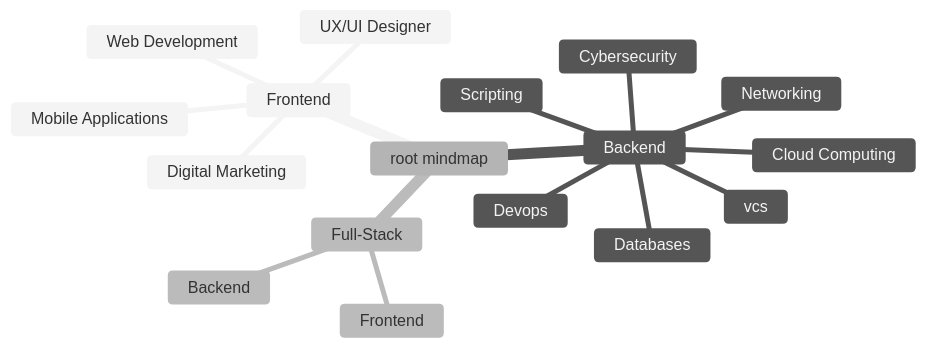
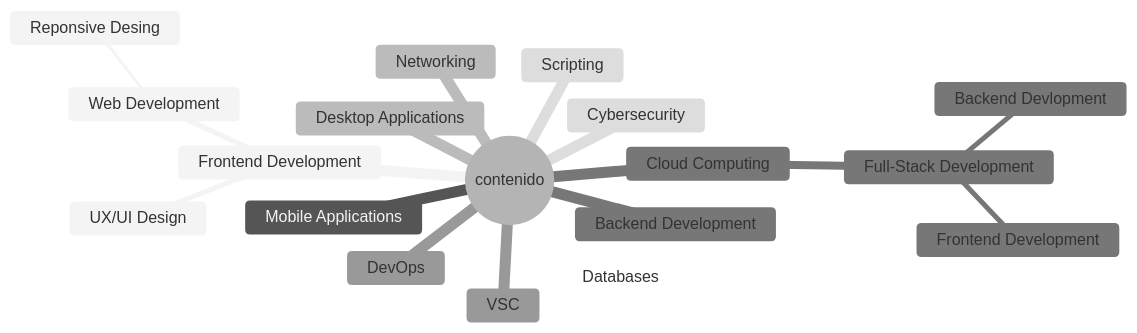
The diagram in README.md (Azriel1909/Pink-academy), drawn with Mermaid before and after one commit.

````diff
--- a/README.md
+++ b/README.md
@@ -6,32 +6,22 @@
 ```mermaid
 %%{init: {'theme':'neutral'}}%%
-	mindmap
-	  root mindmap
-	    Frontend
-	      UX/UI Designer
-	      ::icon(fa-solid fa-swatchbook)
-	      Digital Marketing
-	      ::icon(fa-solid fa-bullhorn)
-	      Web Development
-	      ::icon(fa-solid fa-globe)
-	      Mobile Applications
-	      ::icon(fa-solid fa-mobile)
-	    Backend
-	      vcs
-	      ::icon(fa-brands fa-github)
-	      Scripting
-	      ::icon(fa-solid fa-scroll)
-	      Databases
-	      ::icon(fa-solid fa-database)
-	      Cybersecurity
-	      ::icon(fa-solid fa-lock)
-	      Networking
-	      ::icon(fa-solid fa-network-wired)
-	      Devops
-	      ::icon(fa-solid fa-toolbox)
-	      Cloud Computing
-	      ::icon(fa-solid fa-cloud)
-	    Full-Stack
-	      Frontend
-	      Backend
+mindmap
+  root((contenido))
+    Frontend Development
+      UX/UI Design
+      Web Development
+	      Reponsive Desing
+	  	Mobile Applications
+	  	Desktop Applications
+    Backend Development
+			VSC
+			Scripting
+			Databases
+			Cybersecurity
+			Networking
+			DevOps
+			Cloud Computing
+    Full-Stack Development
+      Frontend Development
+      Backend Devlopment
 ```
````
